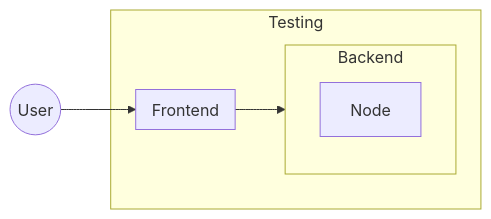
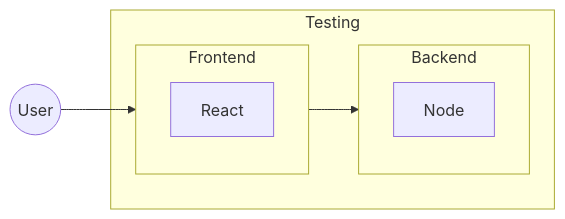
One commit to OfficialApurvChatur/POC02 changed the third of 4 diagrams in Readme.md. Above: the diagram before and after it, drawn with Mermaid. The commit also changed other lines of this file and 13 other files, not shown here.

````diff
--- a/Readme.md
+++ b/Readme.md
@@ -49,15 +49,16 @@
 ```mermaid
   flowchart LR
     User(("User"))
     subgraph Testing["Testing"]
       subgraph Frontend["Frontend"]
+        React["React"]
       end
 
       subgraph Backend["Backend"]
         Node["Node"]
       end
     end
 
     User --> Frontend
     Frontend --> Backend
 ```
````
